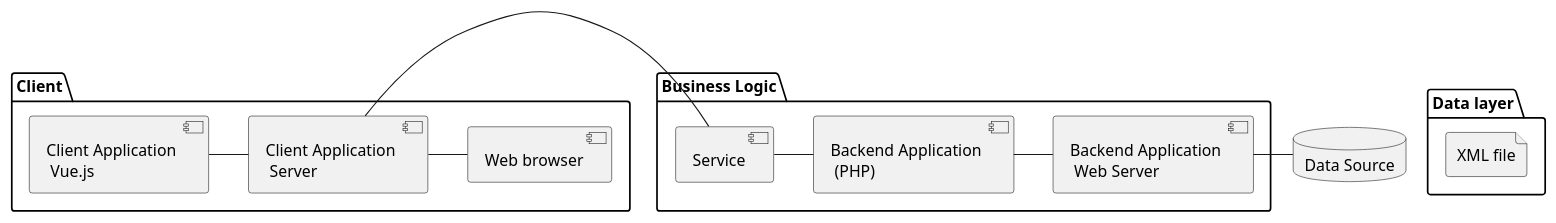
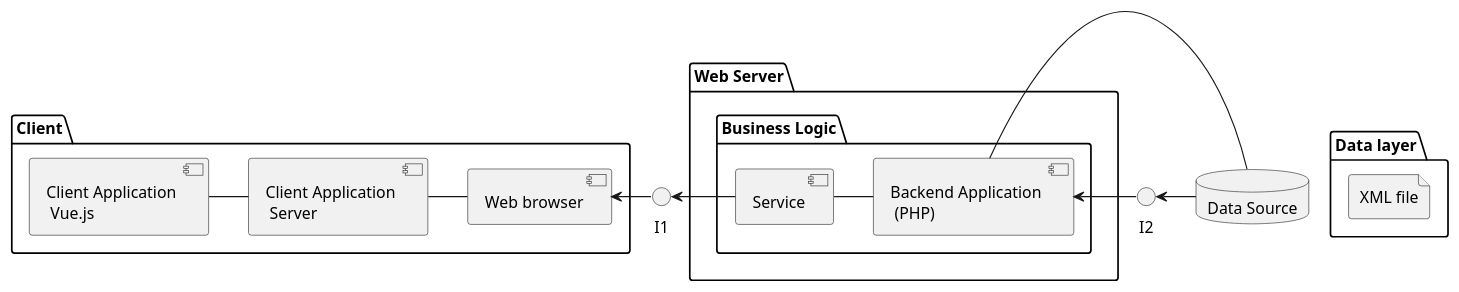
Before and after one commit to zadroshu/diagrams: the diagram in component_diagram.puml, drawn with PlantUML.

Commit message:
small fix

```diff
--- a/component_diagram.puml
+++ b/component_diagram.puml
@@ -1,22 +1,29 @@
 @startuml
 'https://plantuml.com/component-diagram
+
+()"I1"
+()"I2"
 
 package "Client" {
   [Client Application \n Vue.js] - [Client Application \n Server]
   [Client Application \n Server] - [Web browser]
+  [Web browser] <- I1
 }
-package "Business Logic"{
-  [Service] - [Backend Application \n (PHP)]
-  [Backend Application \n (PHP)] - [Backend Application \n Web Server]
+package "Web Server"{
+  package "Business Logic"{
+    [Service] - [Backend Application \n (PHP)]
+    I1 <- [Service]
+    [Backend Application \n (PHP)] <- I2
+  }
 }
-[Service] - [Client Application \n Server]
-[Data Source] - [Backend Application \n Web Server]
+
+[Backend Application \n (PHP)] - [Data Source]
 package "Data layer"{
   database "Data Source" {
   }
   file "XML file" {
   }
+  I2 <- [Data Source]
 }
 
-
 @enduml
```
